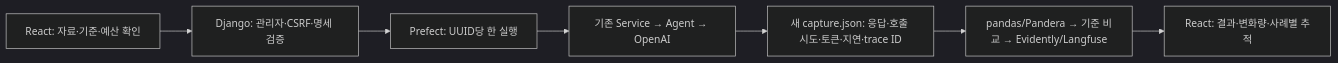
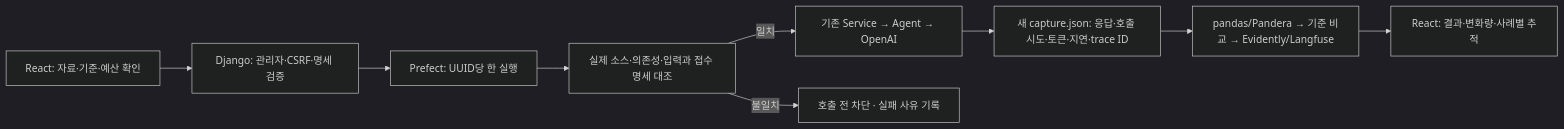
The second of 2 diagrams in infrastructure/llmops/README.md (20220348-kim/SKN34-4th-1Team), drawn with Mermaid (dark theme) before and after one commit. The commit also changed other lines of this file and 35 other files, not shown here.

````diff
--- a/infrastructure/llmops/README.md
+++ b/infrastructure/llmops/README.md
@@ -274,9 +274,11 @@
 ```mermaid
 flowchart LR
     UI["React: 자료·기준·예산 확인"] --> OPS["Django: 관리자·CSRF·명세 검증"]
     OPS --> P["Prefect: UUID당 한 실행"]
-    P --> A["기존 Service → Agent → OpenAI"]
+    P --> V["실제 소스·의존성·입력과 접수 명세 대조"]
+    V -->|일치| A["기존 Service → Agent → OpenAI"]
+    V -->|불일치| F["호출 전 차단 · 실패 사유 기록"]
     A --> C["새 capture.json: 응답·호출 시도·토큰·지연·trace ID"]
     C --> E["pandas/Pandera → 기준 비교 → Evidently/Langfuse"]
     E --> R["React: 결과·변화량·사례별 추적"]
 ```
````
